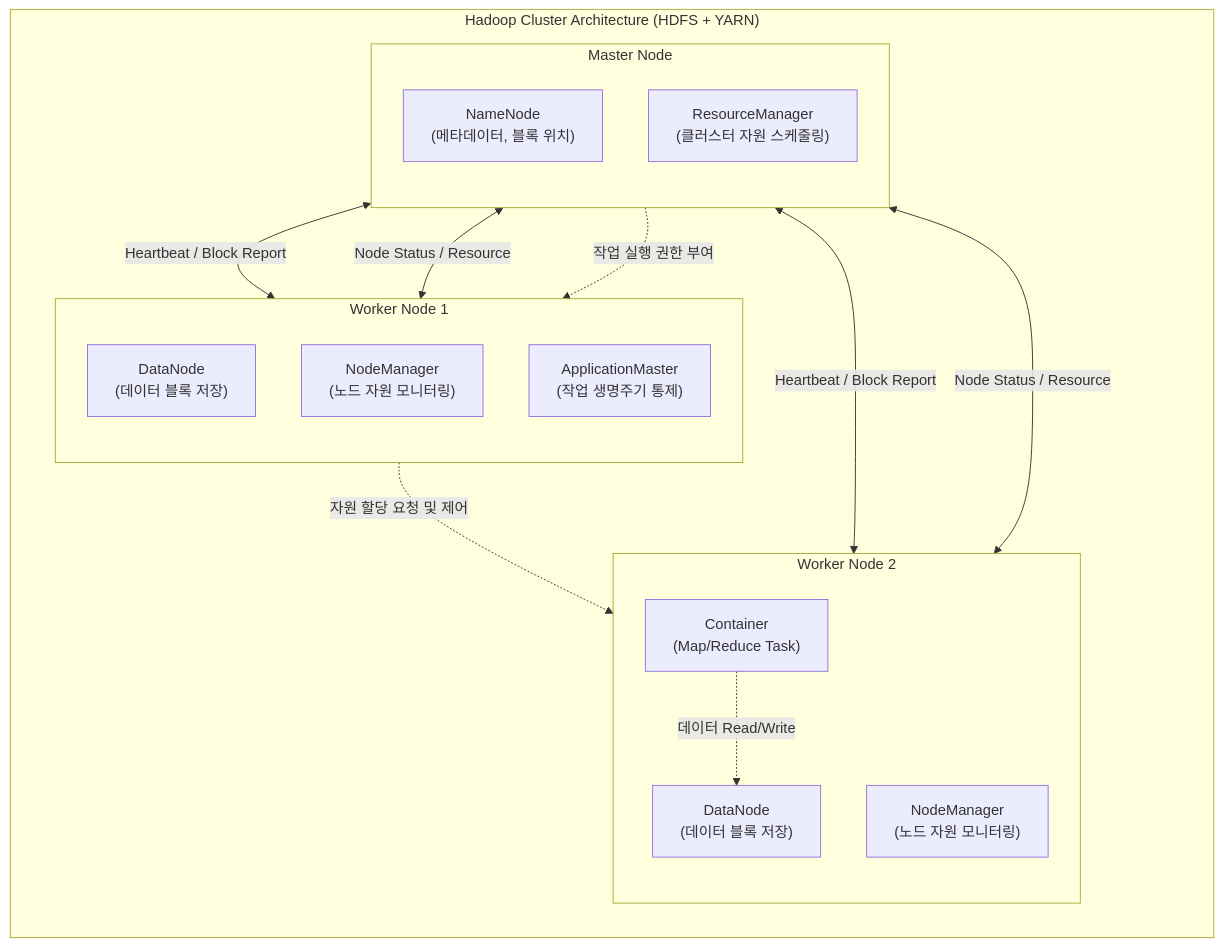
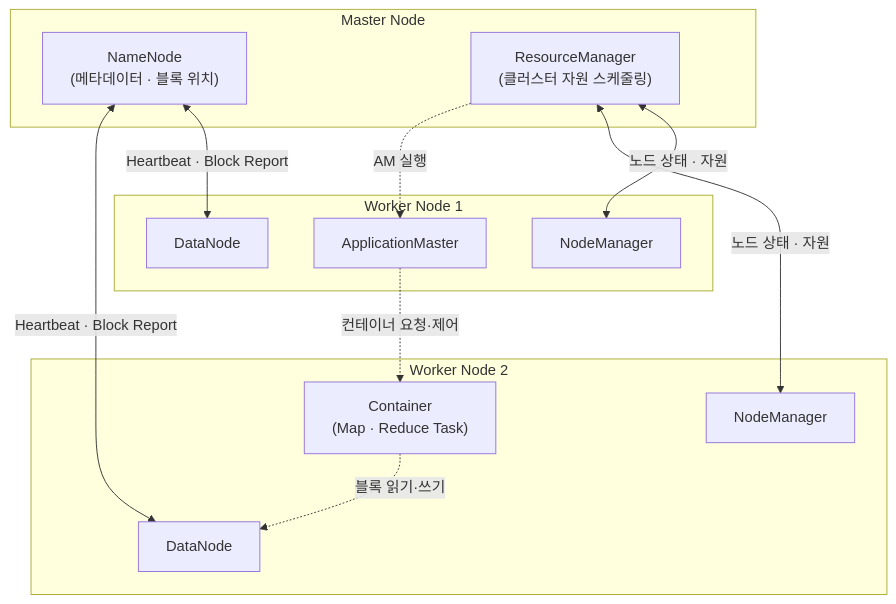
Before and after one commit to supremethumb/supremethumb.github.io: the diagram in content/01_IT Tech/하둡.md, drawn with Mermaid. The commit also changed other lines of this file and 1087 other files, not shown here.

````diff
--- a/content/01_IT Tech/하둡.md
+++ b/content/01_IT Tech/하둡.md
@@ -32,34 +35,24 @@
 ```mermaid
 flowchart TD
-    subgraph "Hadoop Cluster Architecture (HDFS + YARN)"
-        direction TB
-        
-        subgraph "Master Node"
-            direction TB
-            NN["NameNode\n(메타데이터, 블록 위치)"]
-            RM["ResourceManager\n(클러스터 자원 스케줄링)"]
-        end
-
-        subgraph "Worker Node 1"
-            direction TB
-            DN1["DataNode\n(데이터 블록 저장)"]
-            NM1["NodeManager\n(노드 자원 모니터링)"]
-            AM["ApplicationMaster\n(작업 생명주기 통제)"]
-        end
-
-        subgraph "Worker Node 2"
-            direction TB
-            DN2["DataNode\n(데이터 블록 저장)"]
-            NM2["NodeManager\n(노드 자원 모니터링)"]
-            Cont["Container\n(Map/Reduce Task)"]
-        end
-
-        NN <-->|"Heartbeat / Block Report"| DN1 & DN2
-        RM <-->|"Node Status / Resource"| NM1 & NM2
-        
-        RM -. "작업 실행 권한 부여" .-> AM
-        AM -. "자원 할당 요청 및 제어" .-> Cont
-        Cont -. "데이터 Read/Write" .-> DN2
+    subgraph Master["Master Node"]
+        NN["NameNode<br/>(메타데이터 · 블록 위치)"]
+        RM["ResourceManager<br/>(클러스터 자원 스케줄링)"]
     end
-
+    subgraph W1["Worker Node 1"]
+        DN1["DataNode"]
+        NM1["NodeManager"]
+        AM["ApplicationMaster"]
+    end
+    subgraph W2["Worker Node 2"]
+        DN2["DataNode"]
+        NM2["NodeManager"]
+        Cont["Container<br/>(Map · Reduce Task)"]
+    end
+    NN <-->|"Heartbeat · Block Report"| DN1
+    NN <-->|"Heartbeat · Block Report"| DN2
+    RM <-->|"노드 상태 · 자원"| NM1
+    RM <-->|"노드 상태 · 자원"| NM2
+    RM -.->|"AM 실행"| AM
+    AM -.->|"컨테이너 요청·제어"| Cont
+    Cont -.->|"블록 읽기·쓰기"| DN2
 ```
````
